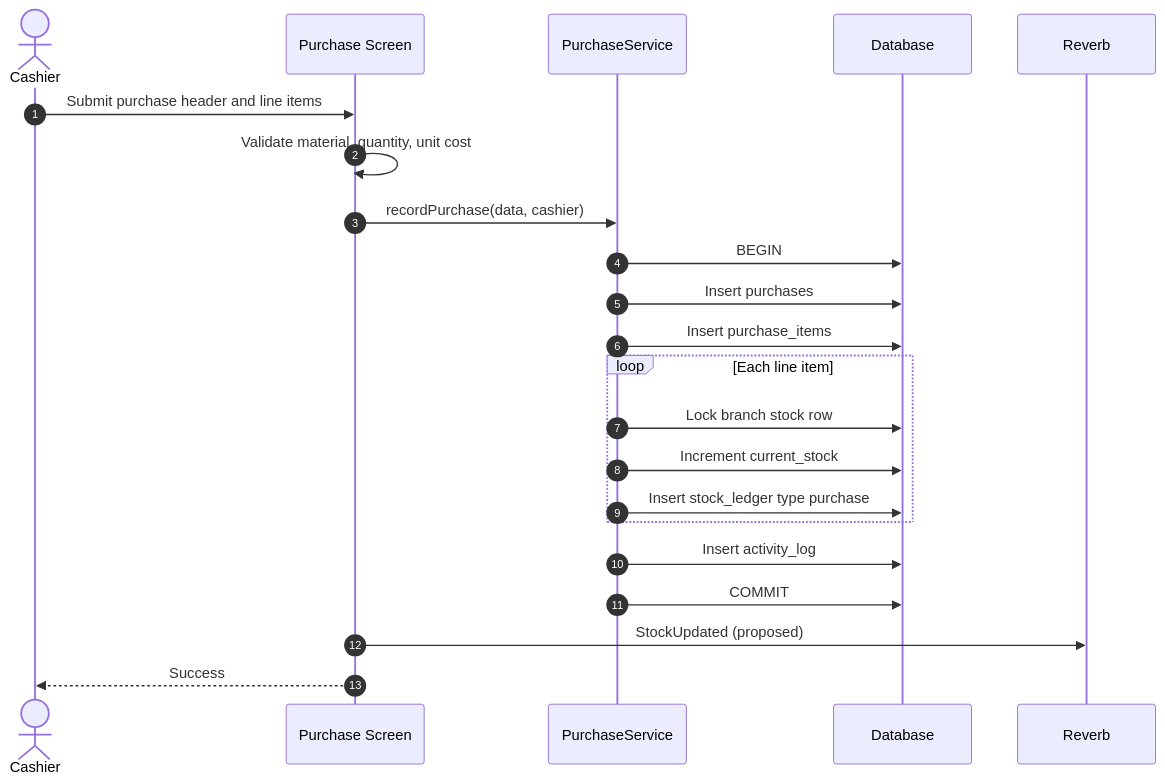
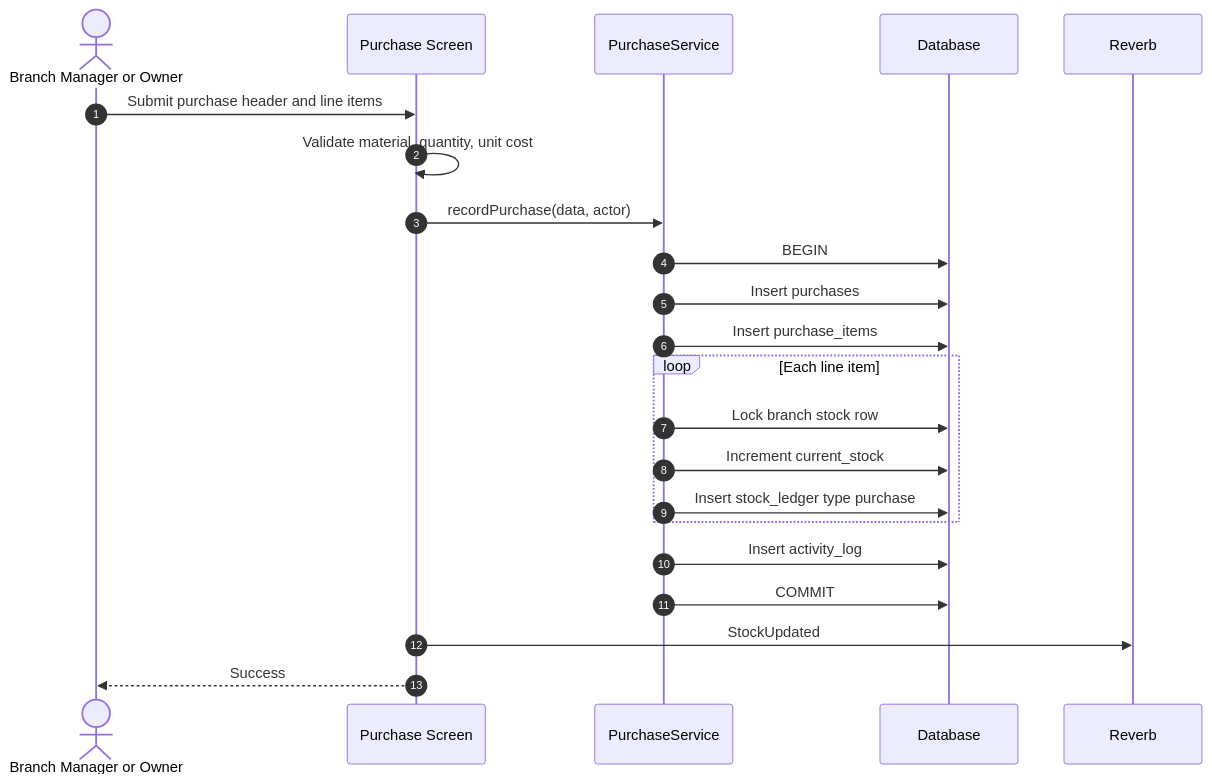
One commit to Arukast/pos_alja changed diagram 11 of 16 in docs/architecture/sequence-diagrams.md. Above: the diagram before and after it, drawn with Mermaid. The commit also changed other lines of this file and 8 other files, not shown here.

````diff
--- a/docs/architecture/sequence-diagrams.md
+++ b/docs/architecture/sequence-diagrams.md
@@ -437,25 +437,25 @@
 ```mermaid
 sequenceDiagram
     autonumber
-    actor C as Cashier
+    actor M as Branch Manager or Owner
     participant UI as Purchase Screen
     participant PS as PurchaseService
     participant DB as Database
     participant R as Reverb
 
-    C->>UI: Submit purchase header and line items
+    M->>UI: Submit purchase header and line items
     UI->>UI: Validate material, quantity, unit cost
-    UI->>PS: recordPurchase(data, cashier)
+    UI->>PS: recordPurchase(data, actor)
     PS->>DB: BEGIN
     PS->>DB: Insert purchases
     PS->>DB: Insert purchase_items
     loop Each line item
         PS->>DB: Lock branch stock row
         PS->>DB: Increment current_stock
         PS->>DB: Insert stock_ledger type purchase
     end
     PS->>DB: Insert activity_log
     PS->>DB: COMMIT
-    UI->>R: StockUpdated (proposed)
-    UI-->>C: Success
+    UI->>R: StockUpdated
+    UI-->>M: Success
 ```
````
